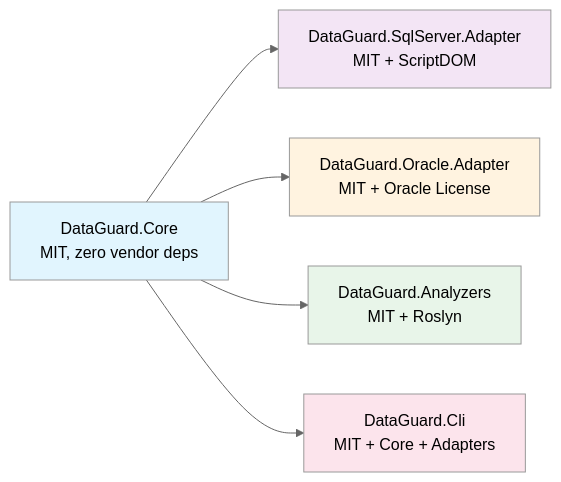
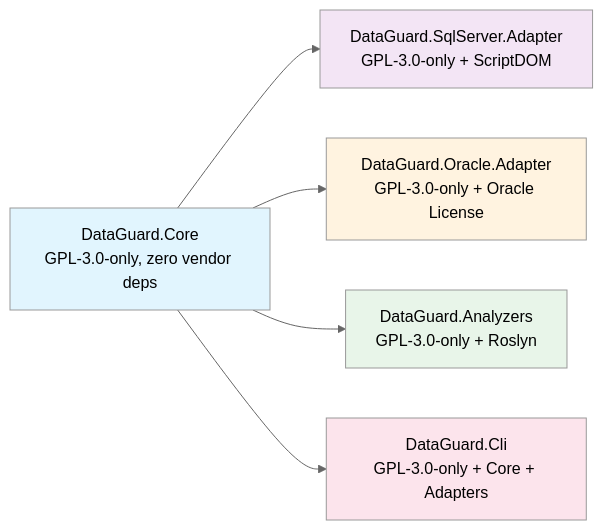
One commit to thanhnt-sm/eco_support_net_oracle changed the second of 15 diagrams in docs/architecture.md. Above: the diagram before and after it, drawn with Mermaid (neutral theme). The commit also changed other lines of this file and 28 other files, not shown here.

First line of the commit message:
docs(license): document the GPL-3.0-only + Commercial dual licence

````diff
--- a/docs/architecture.md
+++ b/docs/architecture.md
@@ -79,15 +79,15 @@
 ```mermaid
 graph LR
-    Core[DataGuard.Core<br/>MIT, zero vendor deps]
+    Core[DataGuard.Core<br/>GPL-3.0-only, zero vendor deps]
     
-    Core --> SqlServer[DataGuard.SqlServer.Adapter<br/>MIT + ScriptDOM]
-    Core --> Oracle[DataGuard.Oracle.Adapter<br/>MIT + Oracle License]
-    Core --> Analyzers[DataGuard.Analyzers<br/>MIT + Roslyn]
-    Core --> CLI[DataGuard.Cli<br/>MIT + Core + Adapters]
+    Core --> SqlServer[DataGuard.SqlServer.Adapter<br/>GPL-3.0-only + ScriptDOM]
+    Core --> Oracle[DataGuard.Oracle.Adapter<br/>GPL-3.0-only + Oracle License]
+    Core --> Analyzers[DataGuard.Analyzers<br/>GPL-3.0-only + Roslyn]
+    Core --> CLI[DataGuard.Cli<br/>GPL-3.0-only + Core + Adapters]
 
     style Core fill:#e1f5fe
     style SqlServer fill:#f3e5f5
     style Oracle fill:#fff3e0
     style Analyzers fill:#e8f5e9
     style CLI fill:#fce4ec
 ```
````
